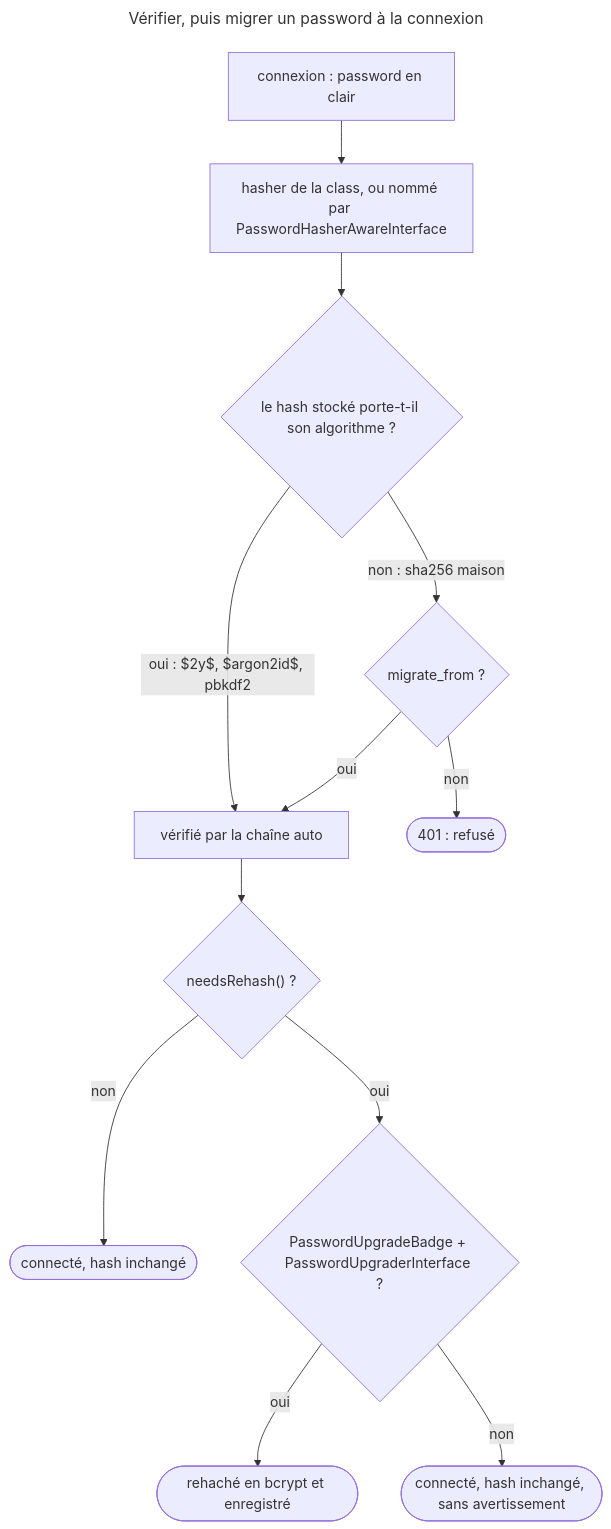
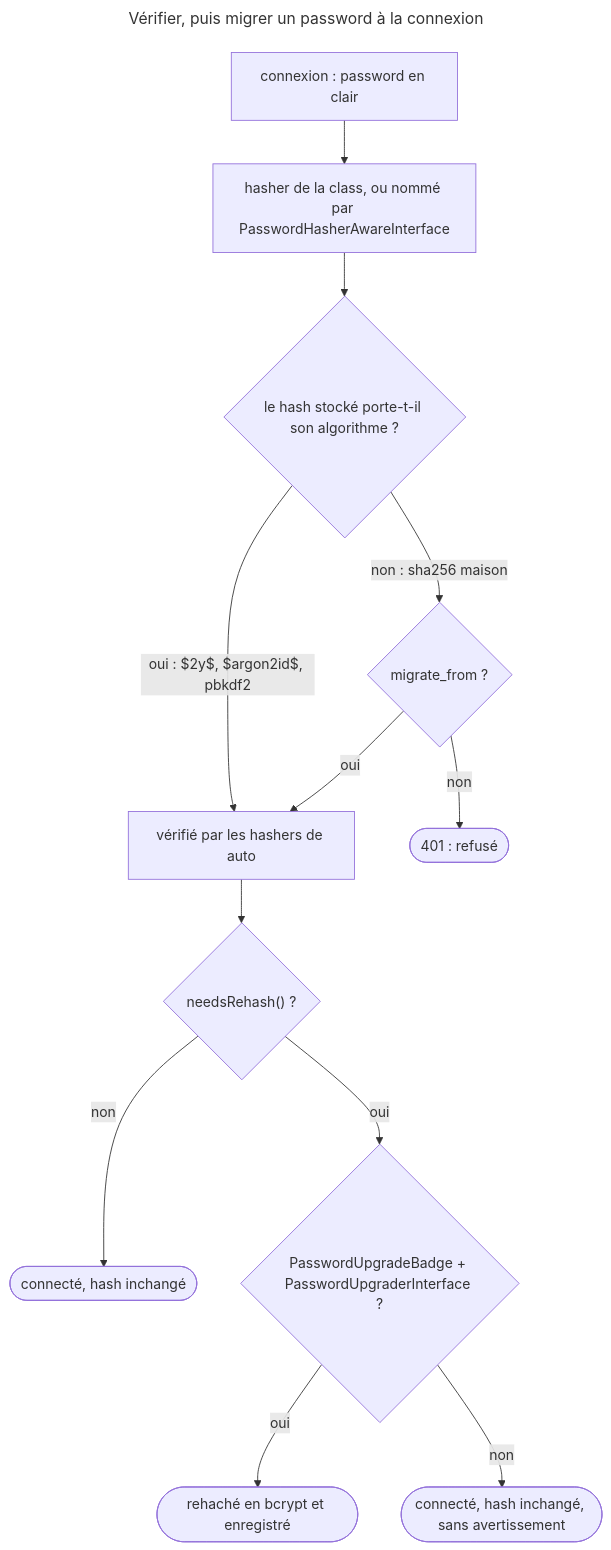
One commit to jasserYahyaoui/Symfony-8-Certification-Path changed the diagram in content/courses/CRS-g4sth72ww979.md. Above: the diagram before and after it, drawn with Mermaid. The commit also changed other lines of this file and 6 other files, not shown here.

````diff
--- a/content/courses/CRS-g4sth72ww979.md
+++ b/content/courses/CRS-g4sth72ww979.md
@@ -87,19 +87,19 @@
 ```mermaid
 ---
 title: Vérifier, puis migrer un password à la connexion
 ---
 flowchart TD
   accTitle: Ce qui arrive au hash d'un password à la connexion
-  accDescr: Le hasher de la class du user, ou celui que nomme PasswordHasherAwareInterface, vérifie le password. Avec auto, la chaîne native en bcrypt, puis sodium, puis pbkdf2 vérifie les formats qui portent leur algorithme ; un condensat sha256 maison n'est vérifié que par un hasher de migrate_from, sinon la connexion est refusée en 401. Après le succès, si needsRehash est vrai et que le passport porte un PasswordUpgradeBadge, PasswordMigratingListener rehache en bcrypt ; le nouveau hash n'est enregistré que si le provider implémente PasswordUpgraderInterface.
+  accDescr: Le hasher de la class du user, ou celui que nomme PasswordHasherAwareInterface, vérifie le password. Avec auto, les hashers natifs, bcrypt, puis sodium, puis pbkdf2, vérifient les formats qui portent leur algorithme ; un condensat sha256 maison n'est vérifié que par un hasher de migrate_from, sinon la connexion est refusée en 401. Après le succès, si needsRehash est vrai et que le passport porte un PasswordUpgradeBadge, PasswordMigratingListener rehache en bcrypt ; le nouveau hash n'est enregistré que si le provider implémente PasswordUpgraderInterface.
   LOGIN["connexion : password en clair"] --> HSH["hasher de la class, ou nommé par PasswordHasherAwareInterface"]
   HSH --> FMT{"le hash stocké porte-t-il son algorithme ?"}
-  FMT -->|"oui : $2y$, $argon2id$, pbkdf2"| OK["vérifié par la chaîne auto"]
+  FMT -->|"oui : $2y$, $argon2id$, pbkdf2"| OK["vérifié par les hashers de auto"]
   FMT -->|"non : sha256 maison"| MIG{"migrate_from ?"}
   MIG -->|"non"| R401(["401 : refusé"])
   MIG -->|"oui"| OK
   OK --> NR{"needsRehash() ?"}
   NR -->|"non"| DONE(["connecté, hash inchangé"])
   NR -->|"oui"| BADGE{"PasswordUpgradeBadge + PasswordUpgraderInterface ?"}
   BADGE -->|"oui"| UPG(["rehaché en bcrypt et enregistré"])
   BADGE -->|"non"| SAME(["connecté, hash inchangé, sans avertissement"])
 ```
````
